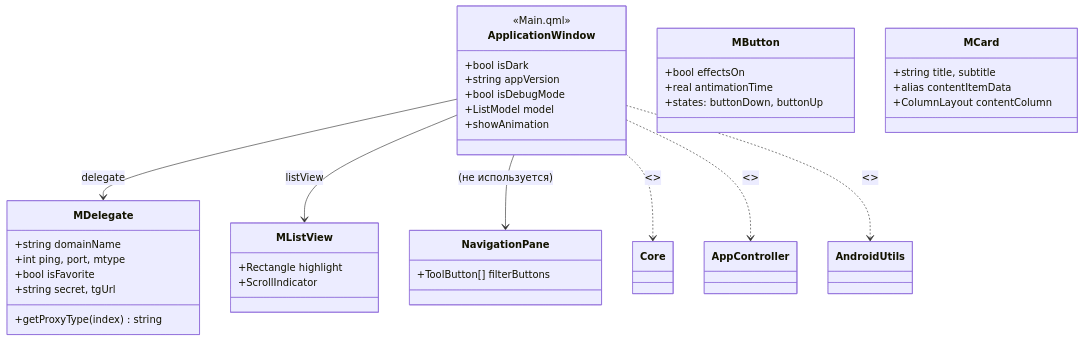
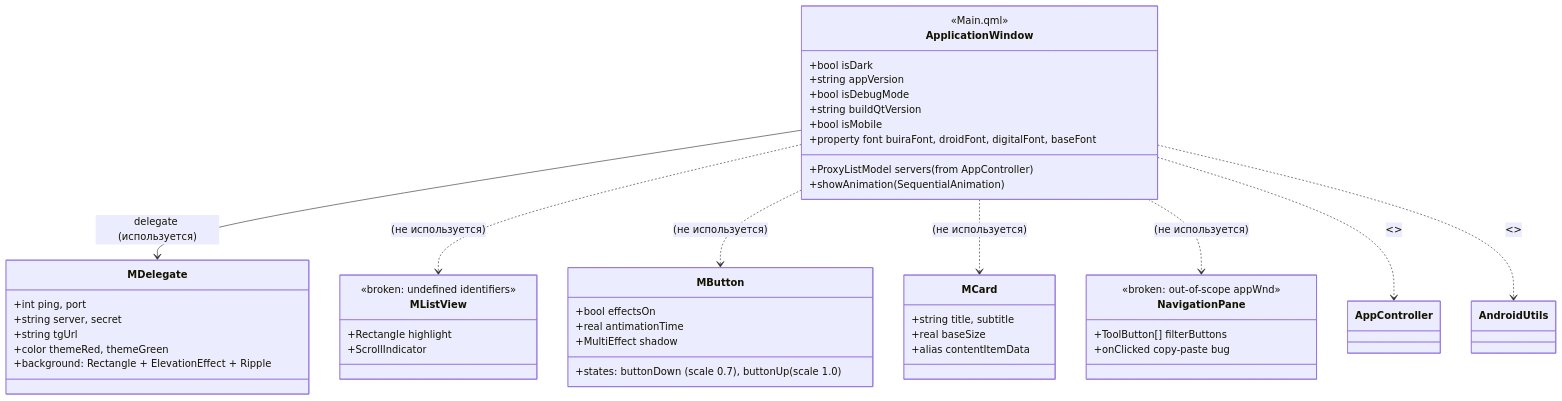
One commit to ZanyXDev/MTProxyInspector changed the first of 2 diagrams in docs/audit_qml_ui.md. Above: the diagram before and after it, drawn with Mermaid. The commit also changed other lines of this file and 4 other files, not shown here.

````diff
--- a/docs/audit_qml_ui.md
+++ b/docs/audit_qml_ui.md
@@ -11,47 +11,55 @@
 ```mermaid
 classDiagram
     class ApplicationWindow {
         <<Main.qml>>
         +bool isDark
         +string appVersion
         +bool isDebugMode
-        +ListModel model
-        +showAnimation
+        +string buildQtVersion
+        +bool isMobile
+        +property font buiraFont, droidFont, digitalFont, baseFont
+        +ProxyListModel servers (from AppController)
+        +showAnimation (SequentialAnimation)
     }
 
     class MDelegate {
-        +string domainName
-        +int ping, port, mtype
-        +bool isFavorite
-        +string secret, tgUrl
-        +getProxyType(index) string
+        +int ping, port
+        +string server, secret
+        +string tgUrl
+        +color themeRed, themeGreen
+        +background: Rectangle + ElevationEffect + Ripple
     }
 
     class MButton {
         +bool effectsOn
         +real antimationTime
-        +states: buttonDown, buttonUp
+        +states: buttonDown (scale 0.7), buttonUp (scale 1.0)
+        +MultiEffect shadow
     }
 
     class MCard {
         +string title, subtitle
+        +real baseSize
         +alias contentItemData
-        +ColumnLayout contentColumn
     }
 
     class MListView {
+        <<broken: undefined identifiers>>
         +Rectangle highlight
         +ScrollIndicator
     }
 
     class NavigationPane {
+        <<broken: out-of-scope appWnd>>
         +ToolButton[] filterButtons
+        +onClicked copy-paste bug
     }
 
-    ApplicationWindow --> MDelegate : delegate
-    ApplicationWindow --> MListView : listView
-    ApplicationWindow --> NavigationPane : (не используется)
-    ApplicationWindow ..> Core : <<singleton>>
-    ApplicationWindow ..> AppController : <<singleton>>
-    ApplicationWindow ..> AndroidUtils : <<singleton>>
+    ApplicationWindow --> MDelegate : delegate (используется)
+    ApplicationWindow ..> MListView : (не используется)
+    ApplicationWindow ..> MButton : (не используется)
+    ApplicationWindow ..> MCard : (не используется)
+    ApplicationWindow ..> NavigationPane : (не используется)
+    ApplicationWindow ..> AppController : <<singleton C++>>
+    ApplicationWindow ..> AndroidUtils : <<singleton C++>>
 ```
````
